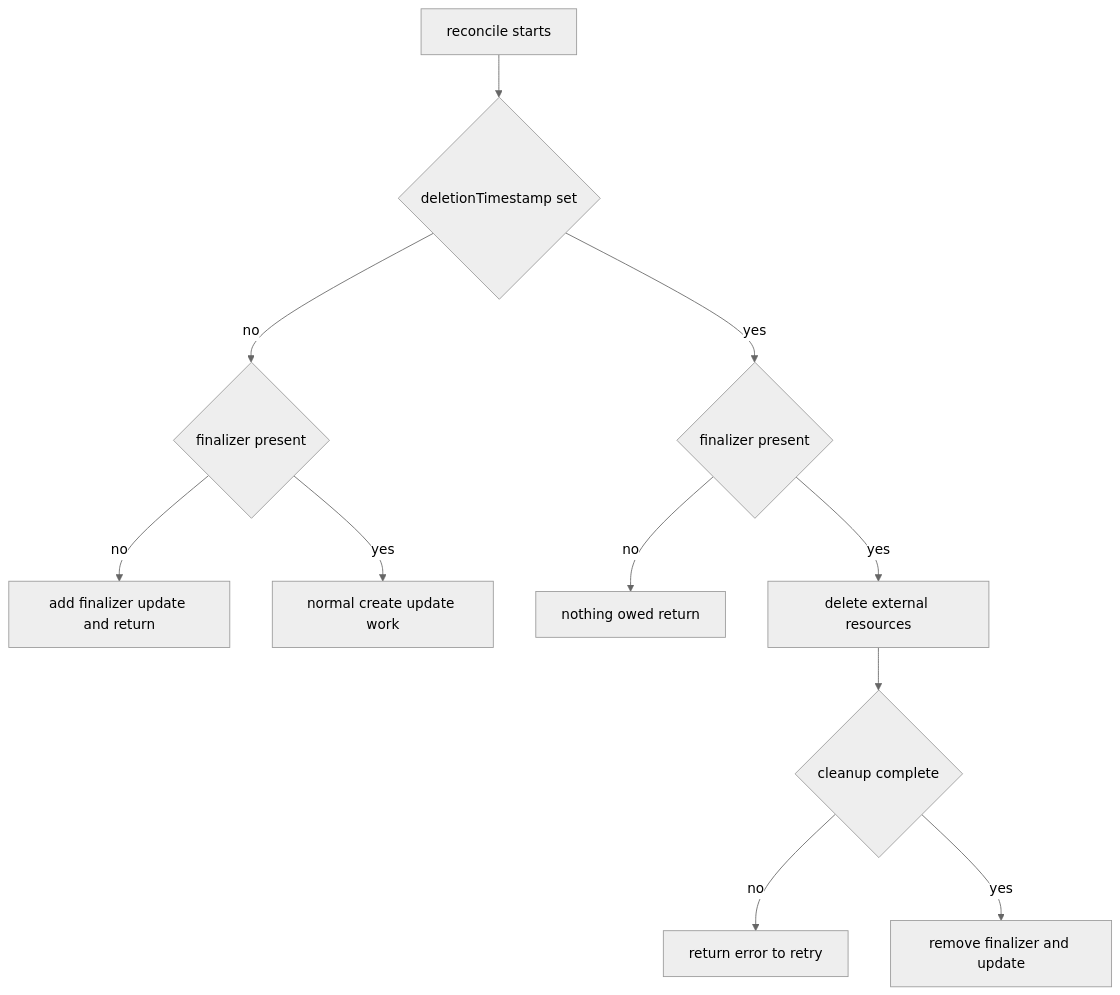
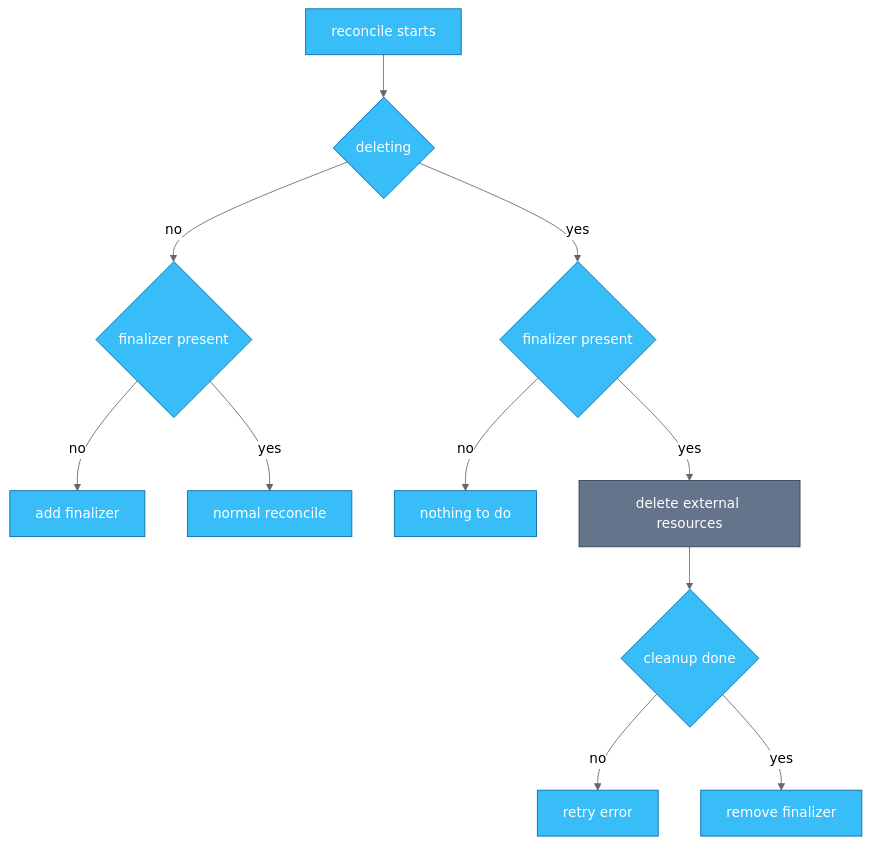
The second of 5 diagrams in chapters/ch06.md (sanketsudake/k8s-worksheet), drawn with Mermaid (neutral theme) before and after one commit. The commit also changed other lines of this file, not shown here.

First line of the commit message:
ch06: bring diagrams within the print-size gate

````diff
--- a/chapters/ch06.md
+++ b/chapters/ch06.md
@@ -60,13 +69,18 @@
 ```mermaid
 flowchart TD
-  A[reconcile starts] --> B{deletionTimestamp set}
+  A[reconcile starts] --> B{deleting}
   B -->|no| C{finalizer present}
-  C -->|no| D[add finalizer update and return]
-  C -->|yes| E[normal create update work]
+  C -->|no| D[add finalizer]
+  C -->|yes| E[normal reconcile]
   B -->|yes| F{finalizer present}
-  F -->|no| G[nothing owed return]
+  F -->|no| G[nothing to do]
   F -->|yes| H[delete external resources]
-  H --> I{cleanup complete}
-  I -->|no| J[return error to retry]
-  I -->|yes| K[remove finalizer and update]
+  H --> I{cleanup done}
+  I -->|no| J[retry error]
+  I -->|yes| K[remove finalizer]
+
+  classDef process fill:#38bdf8,stroke:#0369a1,color:#fff
+  classDef external fill:#64748b,stroke:#334155,color:#fff
+  class A,B,C,D,E,F,G,I,J,K process
+  class H external
 ```
````
